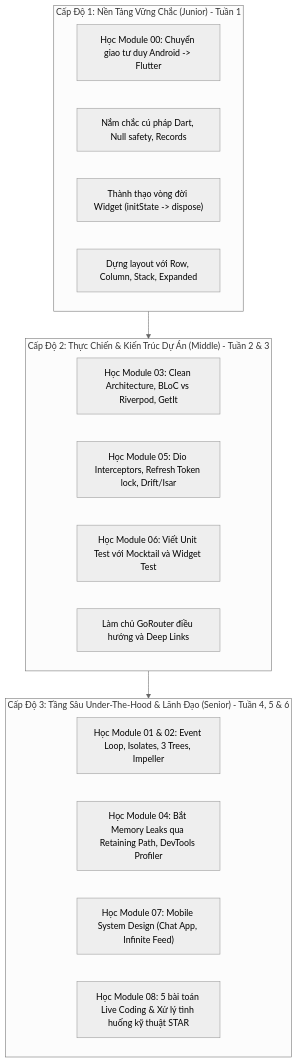
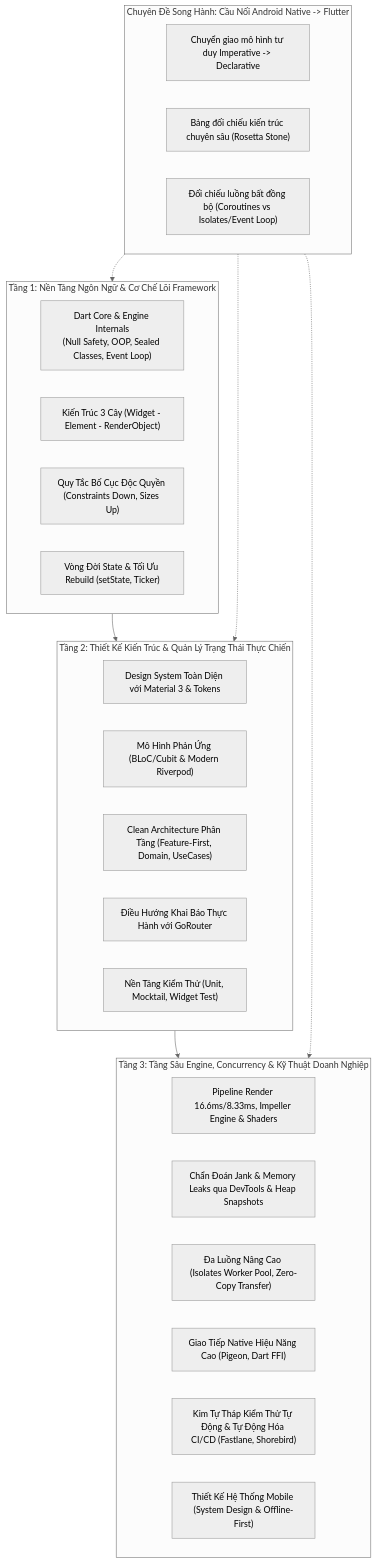
One commit to tr4n/learn-flutter changed the diagram in README.md. Above: the diagram before and after it, drawn with Mermaid (neutral theme). The commit also changed other lines of this file, not shown here.

````diff
--- a/README.md
+++ b/README.md
@@ -106,25 +127,37 @@
 ```mermaid
 graph TD
-    subgraph Level1 ["Cấp Độ 1: Nền Tảng Vững Chắc (Junior) - Tuần 1"]
-        L1_1["Học Module 00: Chuyển giao tư duy Android -> Flutter"]
-        L1_2["Nắm chắc cú pháp Dart, Null safety, Records"]
-        L1_3["Thành thạo vòng đời Widget (initState -> dispose)"]
-        L1_4["Dựng layout với Row, Column, Stack, Expanded"]
+    subgraph Tier1 ["Tầng 1: Nền Tảng Ngôn Ngữ & Cơ Chế Lõi Framework"]
+        T1_1["Dart Core & Engine Internals<br/>(Null Safety, OOP, Sealed Classes, Event Loop)"]
+        T1_2["Kiến Trúc 3 Cây (Widget - Element - RenderObject)"]
+        T1_3["Quy Tắc Bố Cục Độc Quyền (Constraints Down, Sizes Up)"]
+        T1_4["Vòng Đời State & Tối Ưu Rebuild (setState, Ticker)"]
     end
 
-    subgraph Level2 ["Cấp Độ 2: Thực Chiến & Kiến Trúc Dự Án (Middle) - Tuần 2 & 3"]
-        L2_1["Học Module 03: Clean Architecture, BLoC vs Riverpod, GetIt"]
-        L2_2["Học Module 05: Dio Interceptors, Refresh Token lock, Drift/Isar"]
-        L2_3["Học Module 06: Viết Unit Test với Mocktail và Widget Test"]
-        L2_4["Làm chủ GoRouter điều hướng và Deep Links"]
+    subgraph Tier2 ["Tầng 2: Thiết Kế Kiến Trúc & Quản Lý Trạng Thái Thực Chiến"]
+        T2_1["Design System Toàn Diện với Material 3 & Tokens"]
+        T2_2["Mô Hình Phản Ứng (BLoC/Cubit & Modern Riverpod)"]
+        T2_3["Clean Architecture Phân Tầng (Feature-First, Domain, UseCases)"]
+        T2_4["Điều Hướng Khai Báo Thực Hành với GoRouter"]
+        T2_5["Nền Tảng Kiểm Thử (Unit, Mocktail, Widget Test)"]
     end
 
-    subgraph Level3 ["Cấp Độ 3: Tầng Sâu Under-The-Hood & Lãnh Đạo (Senior) - Tuần 4, 5 & 6"]
-        L3_1["Học Module 01 & 02: Event Loop, Isolates, 3 Trees, Impeller"]
-        L3_2["Học Module 04: Bắt Memory Leaks qua Retaining Path, DevTools Profiler"]
-        L3_3["Học Module 07: Mobile System Design (Chat App, Infinite Feed)"]
-        L3_4["Học Module 08: 5 bài toán Live Coding & Xử lý tình huống kỹ thuật STAR"]
+    subgraph Tier3 ["Tầng 3: Tầng Sâu Engine, Concurrency & Kỹ Thuật Doanh Nghiệp"]
+        T3_1["Pipeline Render 16.6ms/8.33ms, Impeller Engine & Shaders"]
+        T3_2["Chẩn Đoán Jank & Memory Leaks qua DevTools & Heap Snapshots"]
+        T3_3["Đa Luồng Nâng Cao (Isolates Worker Pool, Zero-Copy Transfer)"]
+        T3_4["Giao Tiếp Native Hiệu Năng Cao (Pigeon, Dart FFI)"]
+        T3_5["Kim Tự Tháp Kiểm Thử Tự Động & Tự Động Hóa CI/CD (Fastlane, Shorebird)"]
+        T3_6["Thiết Kế Hệ Thống Mobile (System Design & Offline-First)"]
     end
 
-    Level1 --> Level2 --> Level3
+    subgraph NativeBridge ["Chuyên Đề Song Hành: Cầu Nối Android Native -> Flutter"]
+        NB_1["Chuyển giao mô hình tư duy Imperative -> Declarative"]
+        NB_2["Bảng đối chiếu kiến trúc chuyên sâu (Rosetta Stone)"]
+        NB_3["Đối chiếu luồng bất đồng bộ (Coroutines vs Isolates/Event Loop)"]
+    end
+
+    Tier1 --> Tier2 --> Tier3
+    NativeBridge -.-> Tier1
+    NativeBridge -.-> Tier2
+    NativeBridge -.-> Tier3
 ```
````
